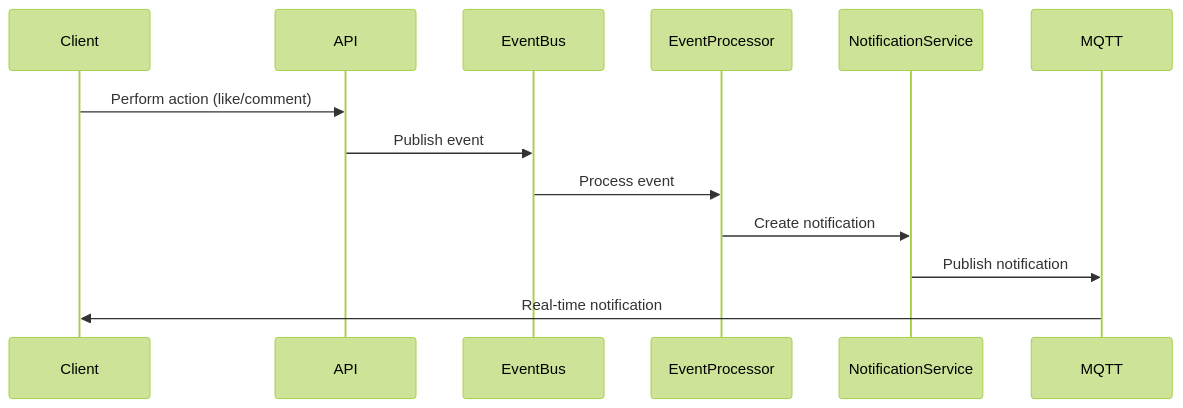
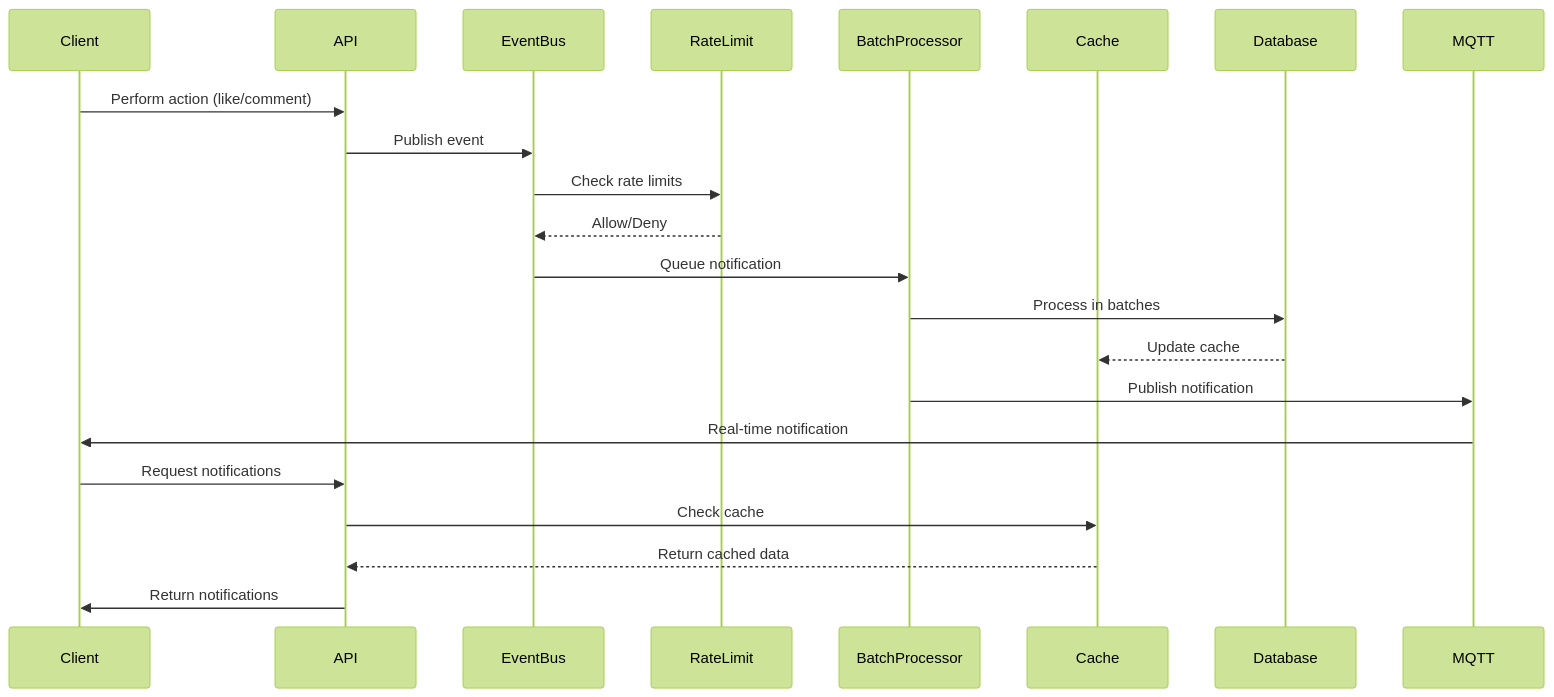
Before and after one commit to reallongnguyen/nestjs-vibe-coding: the diagram in docs/technical/notification/notification-system-design.md, drawn with Mermaid (forest theme). The commit also changed other lines of this file and 23 other files, not shown here.

Commit message:
[notification] refactor and fix errors in notification rate limit

````diff
--- a/docs/technical/notification/notification-system-design.md
+++ b/docs/technical/notification/notification-system-design.md
@@ -195,16 +197,25 @@
 ```mermaid
 sequenceDiagram
     participant Client
     participant API
     participant EventBus
-    participant EventProcessor
-    participant NotificationService
+    participant RateLimit
+    participant BatchProcessor
+    participant Cache
+    participant Database
     participant MQTT
 
     Client->>API: Perform action (like/comment)
     API->>EventBus: Publish event
-    EventBus->>EventProcessor: Process event
-    EventProcessor->>NotificationService: Create notification
-    NotificationService->>MQTT: Publish notification
+    EventBus->>RateLimit: Check rate limits
+    RateLimit-->>EventBus: Allow/Deny
+    EventBus->>BatchProcessor: Queue notification
+    BatchProcessor->>Database: Process in batches
+    Database-->>Cache: Update cache
+    BatchProcessor->>MQTT: Publish notification
     MQTT->>Client: Real-time notification
+    Client->>API: Request notifications
+    API->>Cache: Check cache
+    Cache-->>API: Return cached data
+    API->>Client: Return notifications
 ```
````
